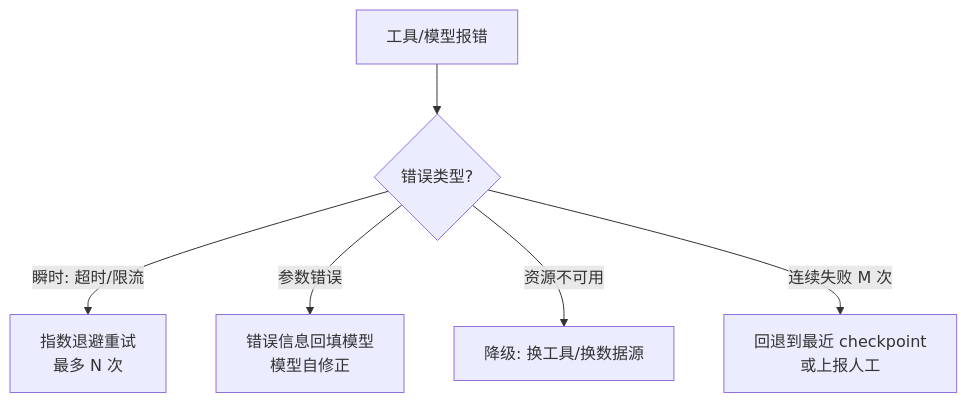
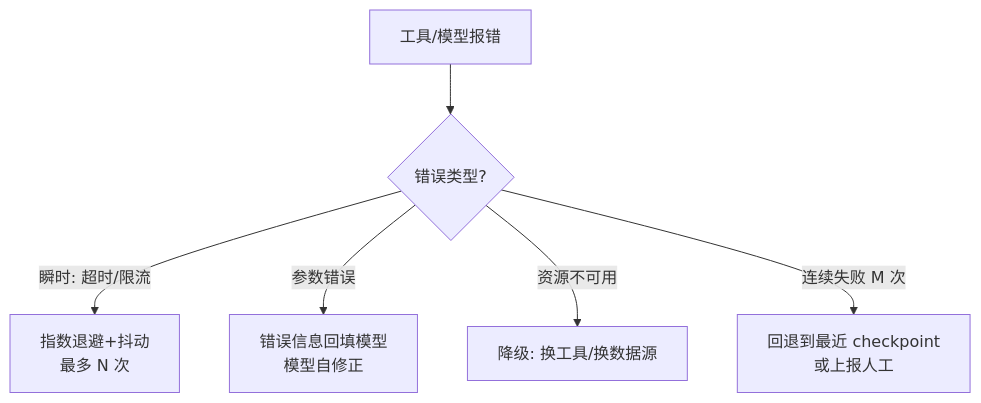
One commit to funny8kids/ai-agent-handbook changed the diagram in docs/07-planning/error-recovery-retry.md. Above: the diagram before and after it, drawn with Mermaid. The commit also changed other lines of this file and 4 other files, not shown here.

````diff
--- a/docs/07-planning/error-recovery-retry.md
+++ b/docs/07-planning/error-recovery-retry.md
@@ -23,8 +79,8 @@
 ```mermaid
 flowchart TD
   A[工具/模型报错] --> B{错误类型?}
-  B -- 瞬时: 超时/限流 --> C[指数退避重试<br/>最多 N 次]
+  B -- 瞬时: 超时/限流 --> C[指数退避+抖动<br/>最多 N 次]
   B -- 参数错误 --> D[错误信息回填模型<br/>模型自修正]
   B -- 资源不可用 --> E[降级: 换工具/换数据源]
   B -- 连续失败 M 次 --> F[回退到最近 checkpoint<br/>或上报人工]
 ```
````
